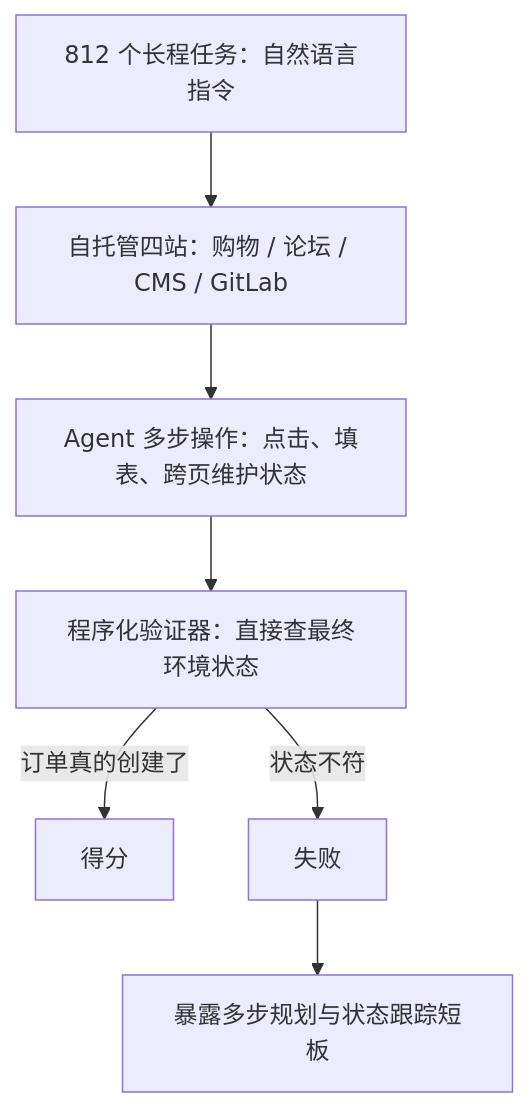
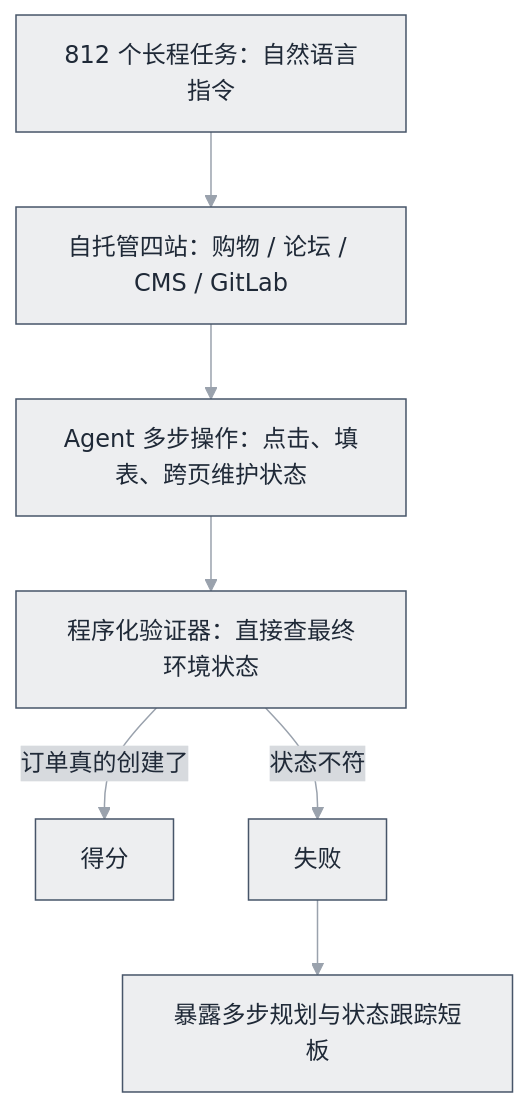
The diagram in docs/13-resources/benchmarks/webarena.md (funny8kids/ai-agent-handbook), drawn with Mermaid before and after one commit. The commit also changed 144 other files, not shown here.

First line of the commit message:
Theme all 154 Mermaid diagrams with per-chapter colors via %%{init}%% directives

````diff
--- a/docs/13-resources/benchmarks/webarena.md
+++ b/docs/13-resources/benchmarks/webarena.md
@@ -33,9 +33,10 @@
 ```mermaid
+%%{init: {"theme":"base","themeVariables":{"primaryColor":"#EDEEF0","primaryBorderColor":"#475569","primaryTextColor":"#1F2937","secondaryColor":"#D7DADE","tertiaryColor":"#F8F8F9","lineColor":"#9AA2AD","actorBkg":"#F0F1F3","actorBorder":"#475569","actorTextColor":"#1F2937","signalColor":"#7E8896","noteBkgColor":"#DEE0E4","noteBorderColor":"#475569","noteTextColor":"#1F2937","labelBoxBkgColor":"#EDEEF0","labelBoxBorderColor":"#475569"}}}%%
 flowchart TD
     T["812 个长程任务：自然语言指令"] --> S["自托管四站：购物 / 论坛 / CMS / GitLab"]
     S --> A["Agent 多步操作：点击、填表、跨页维护状态"]
     A --> V["程序化验证器：直接查最终环境状态"]
     V -->|"订单真的创建了"| W["得分"]
     V -->|"状态不符"| F["失败"]
     F --> X["暴露多步规划与状态跟踪短板"]
 ```
````
